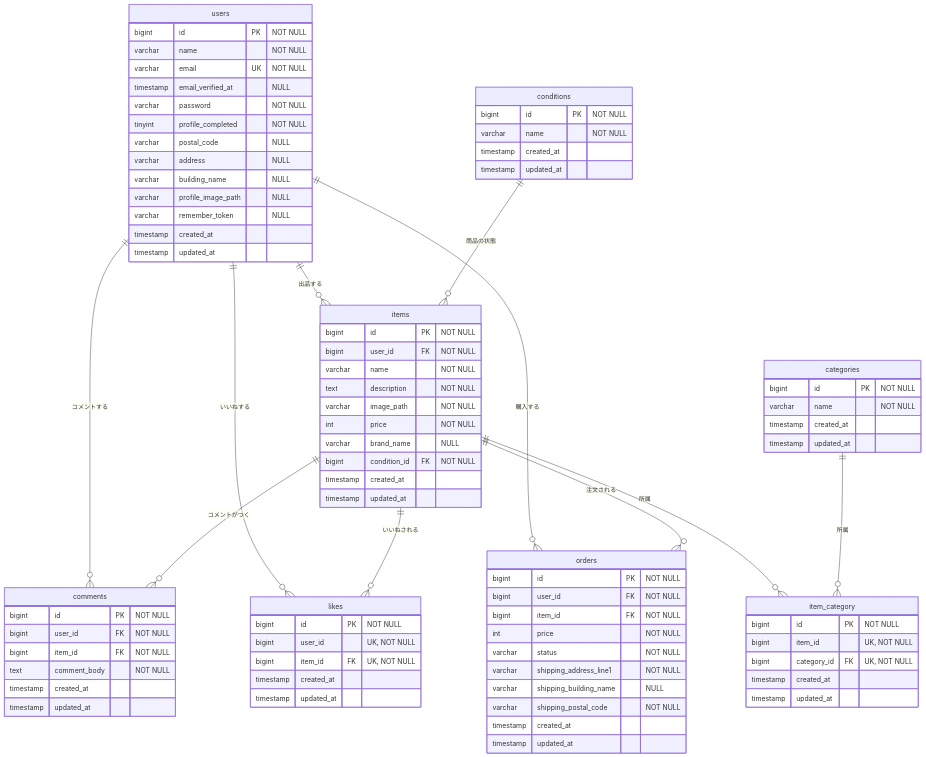
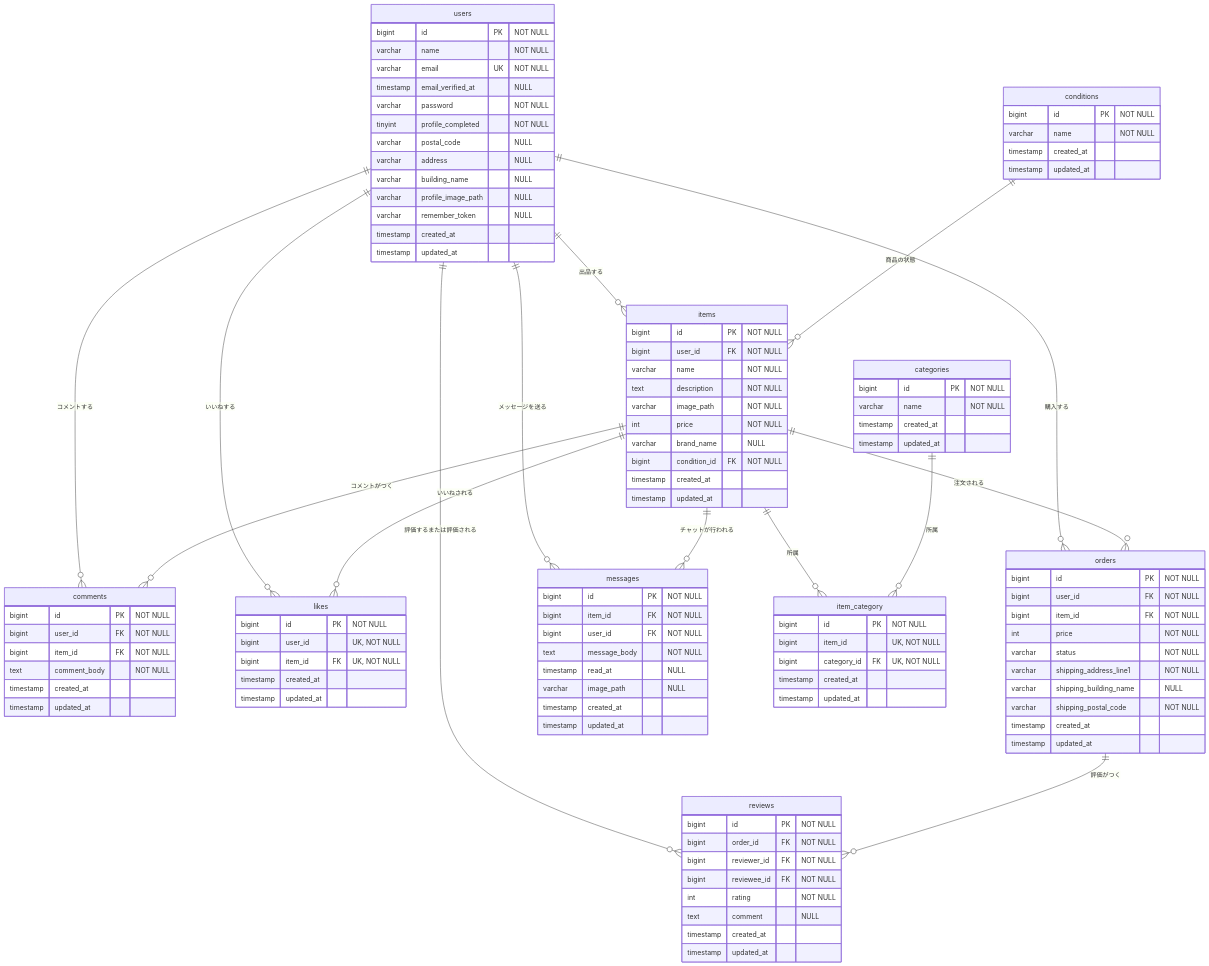
One commit to Haruna613/flea-market changed the diagram in README.md. Above: the diagram before and after it, drawn with Mermaid. The commit also changed other lines of this file and 23 other files, not shown here.

````diff
--- a/README.md
+++ b/README.md
@@ -85,10 +85,15 @@
     users ||--o{ comments : "コメントする"
     users ||--o{ likes : "いいねする"
     users ||--o{ orders : "購入する"
+    users ||--o{ messages : "メッセージを送る"
+    users ||--o{ reviews : "評価するまたは評価される"
 
     items ||--o{ comments : "コメントがつく"
     items ||--o{ likes : "いいねされる"
     items ||--o{ orders : "注文される"
+    items ||--o{ messages : "チャットが行われる"
+
+    orders ||--o{ reviews : "評価がつく"
 
     conditions ||--o{ items : "商品の状態"
 
@@ -175,4 +180,26 @@
         timestamp created_at
         timestamp updated_at
     }
+
+    messages {
+        bigint id PK "NOT NULL"
+        bigint item_id FK "NOT NULL"
+        bigint user_id FK "NOT NULL"
+        text message_body "NOT NULL"
+        timestamp read_at "NULL"
+        varchar image_path "NULL"
+        timestamp created_at
+        timestamp updated_at
+    }
+
+    reviews {
+        bigint id PK "NOT NULL"
+        bigint order_id FK "NOT NULL"
+        bigint reviewer_id FK "NOT NULL"
+        bigint reviewee_id FK "NOT NULL"
+        int rating "NOT NULL"
+        text comment "NULL"
+        timestamp created_at
+        timestamp updated_at
+    }
 ```
````
